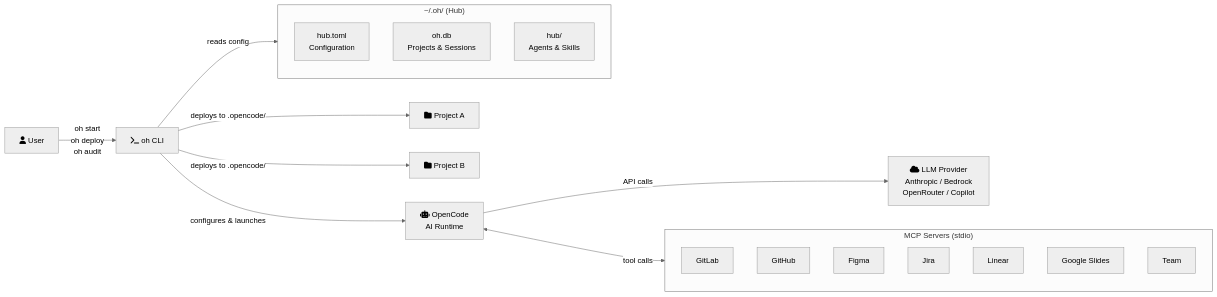
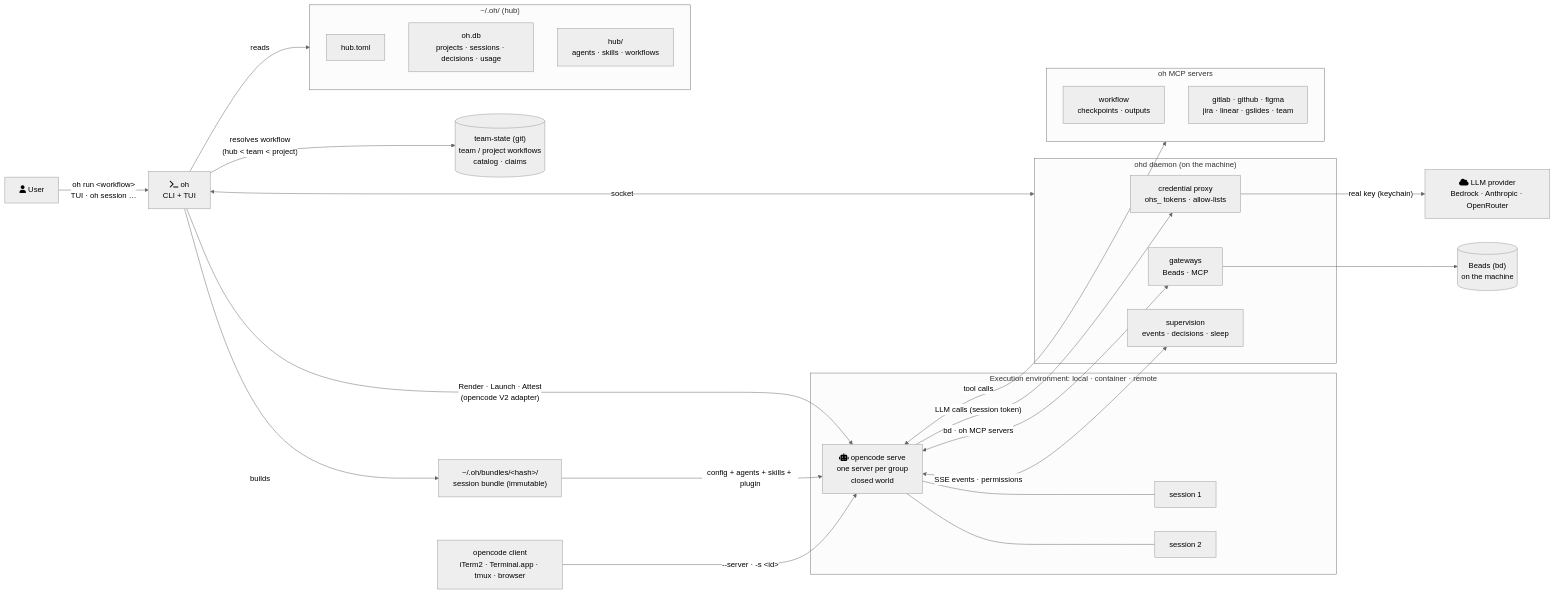
One commit to datichb/openhub changed the diagram in docs/diagrams/system-overview.mermaid. Above: the diagram before and after it, drawn with Mermaid (neutral theme). The commit also changed 23 other files, not shown here.

Commit message:
docs(diagrams): diagrammes v5 refaits (vue système, livraison des skills, parcours, commandes, cascade des modèles, couches de workflow, carte des workflows, TUI, équipe, agents) + cycle de vie d'une session et topologie local/conteneur/distant, SVG régénérés avec mmdc (v5 finalisation, DOC2)

```diff
--- a/docs/diagrams/system-overview.mermaid
+++ b/docs/diagrams/system-overview.mermaid
@@ -1,30 +1,51 @@
-%% OpenHub -- System Overview
-%% Shows the high-level architecture: User -> oh CLI -> OpenCode -> LLM Provider
-%% with Hub, Projects, and MCP Servers as supporting components.
+%% OpenHub -- System Overview (v5)
+%% oh is the control tower: it resolves a workflow, builds a session bundle,
+%% starts one opencode server per group and supervises the sessions through
+%% its daemon (credential proxy, gateways, decisions). See ADR-038 to ADR-048.
 
 flowchart LR
-    U["fa:fa-user User"] -->|"oh start<br/>oh deploy<br/>oh audit"| CLI["fa:fa-terminal oh CLI"]
+    U["fa:fa-user User"] -->|"oh run &lt;workflow&gt;<br/>TUI · oh session …"| CLI["fa:fa-terminal oh<br/>CLI + TUI"]
 
-    subgraph Hub ["~/.oh/ (Hub)"]
-        TOML["hub.toml<br/>Configuration"]
-        DB["oh.db<br/>Projects & Sessions"]
-        HC["hub/<br/>Agents & Skills"]
+    subgraph Hub ["~/.oh/ (hub)"]
+        TOML["hub.toml"]
+        DB["oh.db<br/>projects · sessions · decisions · usage"]
+        HC["hub/<br/>agents · skills · workflows"]
     end
 
-    CLI -->|reads config| Hub
-    CLI -->|"deploys to .opencode/"| P1["fa:fa-folder Project A"]
-    CLI -->|"deploys to .opencode/"| P2["fa:fa-folder Project B"]
-    CLI -->|configures & launches| OC["fa:fa-robot OpenCode<br/>AI Runtime"]
-    OC -->|API calls| LLM["fa:fa-cloud LLM Provider<br/>Anthropic / Bedrock<br/>OpenRouter / Copilot"]
+    TS[("team-state (git)<br/>team / project workflows<br/>catalog · claims")]
 
-    subgraph MCP ["MCP Servers (stdio)"]
-        GL["GitLab"]
-        GH["GitHub"]
-        FIG["Figma"]
-        JI["Jira"]
-        LN["Linear"]
-        GS["Google Slides"]
-        TM["Team"]
+    CLI -->|reads| Hub
+    CLI -->|"resolves workflow<br/>(hub &lt; team &lt; project)"| TS
+    CLI -->|builds| BUN["~/.oh/bundles/&lt;hash&gt;/<br/>session bundle (immutable)"]
+    CLI -->|"Render · Launch · Attest<br/>(opencode V2 adapter)"| OC
+
+    subgraph RT ["Execution environment: local · container · remote"]
+        OC["fa:fa-robot opencode serve<br/>one server per group<br/>closed world"]
+        S1["session 1"]
+        S2["session 2"]
+        OC --- S1
+        OC --- S2
+    end
+
+    BUN -->|"config + agents + skills + plugin"| OC
+
+    subgraph D ["ohd daemon (on the machine)"]
+        PX["credential proxy<br/>ohs_ tokens · allow-lists"]
+        GW["gateways<br/>Beads · MCP"]
+        SUP["supervision<br/>events · decisions · sleep"]
+    end
+
+    CLI <-->|socket| D
+    OC -->|"LLM calls (session token)"| PX
+    PX -->|"real key (keychain)"| LLM["fa:fa-cloud LLM provider<br/>Bedrock · Anthropic · OpenRouter"]
+    OC <-->|"SSE events · permissions"| SUP
+    OC <-->|"bd · oh MCP servers"| GW
+    GW --> BD[("Beads (bd)<br/>on the machine")]
+
+    subgraph MCP ["oh MCP servers"]
+        WF["workflow<br/>checkpoints · outputs"]
+        INT["gitlab · github · figma<br/>jira · linear · gslides · team"]
     end
 
     OC <-->|"tool calls"| MCP
+    CLIENT["opencode client<br/>iTerm2 · Terminal.app · tmux · browser"] -->|"--server · -s &lt;id&gt;"| OC
```
